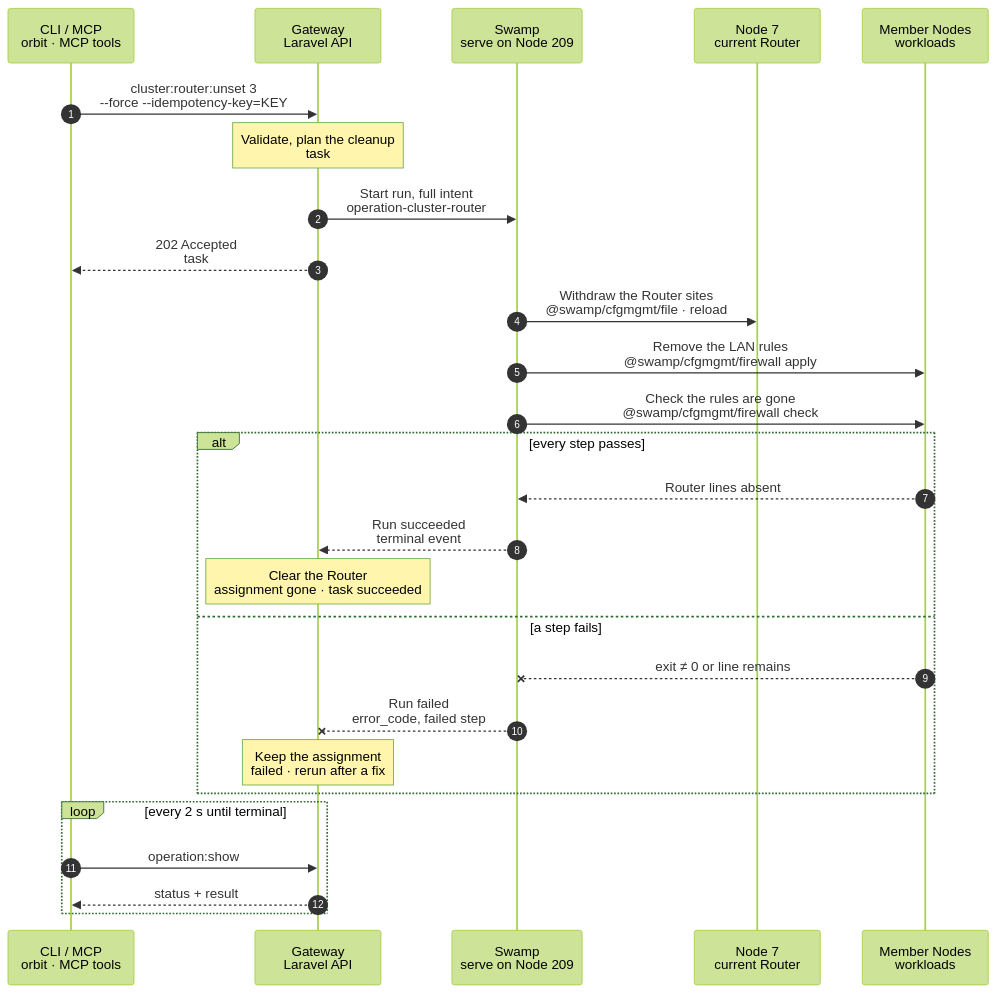
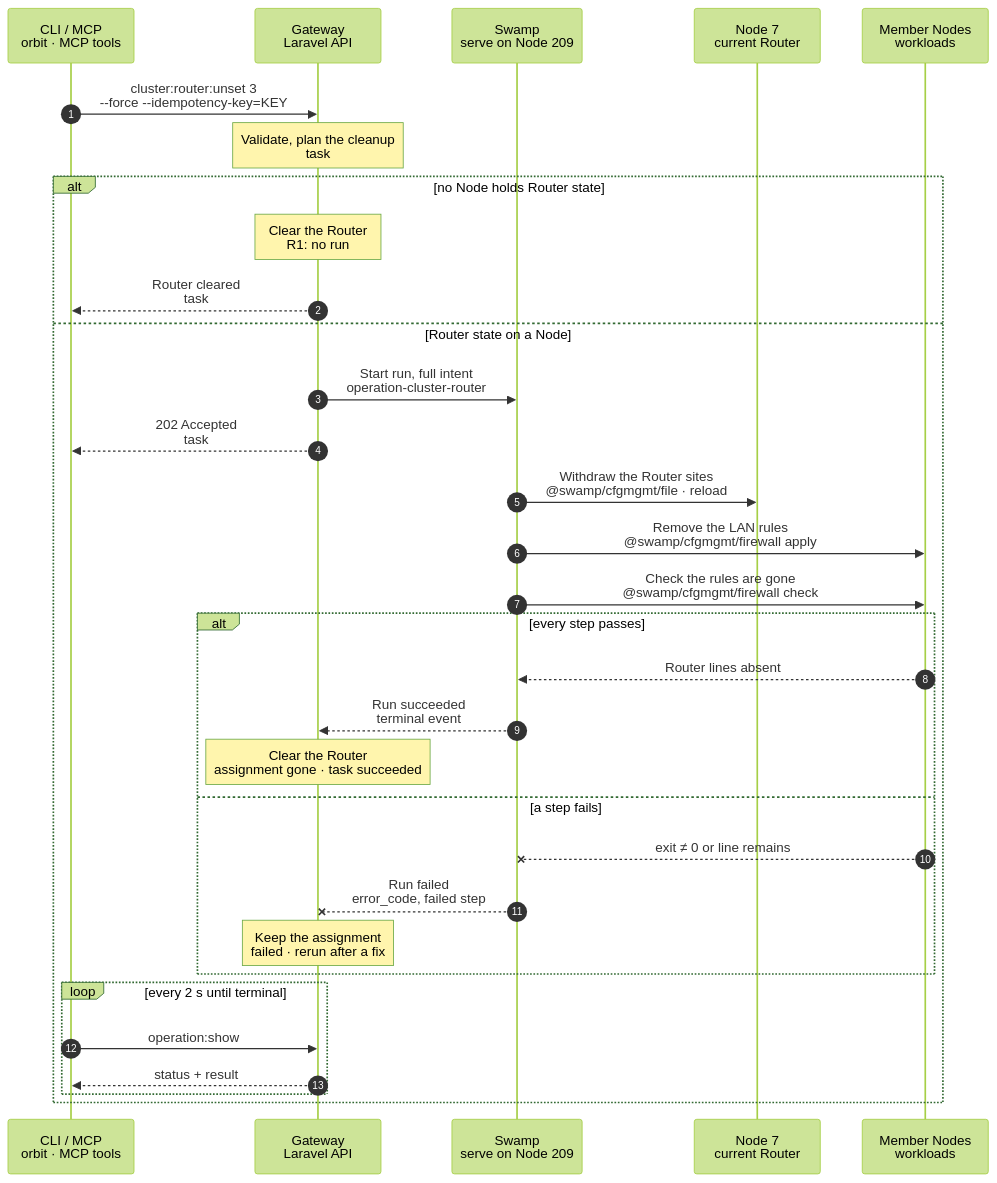
Before and after one commit to hardimpactdev/orbit: the diagram in docs/cli/cluster/router-unset.mmd, drawn with Mermaid (forest theme). The commit also changed 4 other files, not shown here.

First line of the commit message:
fix(clusters): a Router unset with nothing on any Node ends at admission, with no run (R1)

```diff
--- a/docs/cli/cluster/router-unset.mmd
+++ b/docs/cli/cluster/router-unset.mmd
@@ -1,96 +1,107 @@
 sequenceDiagram
   %% Target design: ADR 0244 task, DECISIONS R2-R4, same shape as cluster.router_set. docs/reference/native-cluster-router.md, docs/cli/cluster.mdx.
   %% Tightened: flow-tighten 2026-11-02, rules 1, 22 (no empty DNS note step; cfgmgmt file for the sites).
   %% status: draft
   %% command: cluster:router:unset
   %% kind: cluster.router_unset
   autonumber
   %% lane CLI icon=terminal pill=caller tone=gray
   %% lane GW icon=gateway pill=intent tone=blue
   %% lane SW icon=workflow pill=executes tone=green
   %% lane N icon=server pill=target tone=amber
   %% lane M icon=server pill=target tone=purple
   participant CLI as CLI / MCP<br/>orbit · MCP tools
   participant GW as Gateway<br/>Laravel API
   participant SW as Swamp<br/>serve on Node 209
   participant N as Node 7<br/>current Router
   participant M as Member Nodes<br/>workloads
   CLI->>GW: cluster:router:unset 3<br/>--force --idempotency-key=KEY
   %%> Command:
   %%> - `orbit cluster:router:unset 3 --force`
   %%> - syntax: `<cluster> [--force] [--idempotency-key=KEY] [--json]`
   %%> Confirmation:
   %%> - without `--force`, the CLI asks first; the default is No
   %%> - without a terminal, or with `--json`, `--force` is required
   Note over GW: Validate, plan the cleanup<br/>task #5161 · Cluster lock
   %%> Requirements:
   %%> - your Node has an access grant to Node 7
   %%> - Cluster 3 is inactive or has no TLD (`cluster.active_router_required`)
   %%> - Cluster 3 owns no Route (`cluster.routes_require_router`)
   %%> - no other Router change runs for Cluster 3; the Gateway waits up to 30 seconds, then refuses with `cluster.router_busy`
   %%> Builds:
   %%> - the Router state to remove: Router sites and certificates, and the LAN rules only the Router needed
   %%> Result:
   %%> - Node 7's `router` assignment recorded as retiring
   %%> - task #5161 recorded with the full intent
+  %%> Decides:
+  %%> - whether any Node holds Router state: a Router site, a Router certificate, or a LAN rule only the Router needed
+  alt no Node holds Router state
+    Note over GW: Clear the Router<br/>R1: no run
+    %%> Result:
+    %%> - Node 7's `router` assignment is deleted and task #5161 succeeds at once; no Swamp run starts (R1)
+    GW-->>CLI: Router cleared<br/>task #5161 succeeded
+    %%> What you get:
+    %%> - the final result at once; there is nothing to follow
+  else Router state on a Node
   GW->>SW: Start run, full intent<br/>operation-cluster-router
   %%> What it does:
   %%> - starts one Swamp run on serve (Node 209)
   %%> Inputs:
   %%> - the state to remove, and the addresses and SSH host keys of Node 7 and the members
   GW-->>CLI: 202 Accepted<br/>task #5161
   %%> What you get:
   %%> - the task number, at once
   %%> Next:
   %%> - the CLI follows the task with `operation:show`
   SW->>N: Withdraw the Router sites<br/>@swamp/cfgmgmt/file · reload
   %%> How:
   %%> - over SSH from 209 with `@swamp/ssh` and `@swamp/cfgmgmt/file`; `caddy validate`, then a reload
   %%> No DNS change:
   %%> - an inactive Cluster, or one without a TLD and Routes, gets no Router answers from private DNS
   %%> What it does:
   %%> - removes the Router sites and their certificates, validates the rest, and reloads Caddy; no restart
   %%> - Caddy and the packages stay, as for every role removal that keeps shared packages
   SW->>M: Remove the LAN rules<br/>@swamp/cfgmgmt/firewall apply
   %%> What it does:
   %%> - on Node 7: removes the 443 and 53 allows for member LAN addresses
   %%> - on each member: removes the allows for Node 7's LAN address that no other Route needs
   %%> - never removes WireGuard baseline rules
   SW->>M: Check the rules are gone<br/>@swamp/cfgmgmt/firewall check
   %%> What it does:
   %%> - reads ufw back on every Node and checks the Router lines are absent
   alt every step passes
     M-->>SW: Router lines absent
     %%> Returns:
     %%> - the check passed on every Node
     SW-->>GW: Run succeeded<br/>terminal event
     %%> How the Gateway learns it:
     %%> - its shared run reader sees the terminal event; Swamp never calls the Gateway
     Note over GW: Clear the Router<br/>assignment gone · task succeeded
     %%> Result:
     %%> - Node 7's `router` assignment is deleted; Cluster 3 has no Router
     %%> - task #5161 succeeds
   else a step fails
     M--xSW: exit ≠ 0 or line remains
     %%> When:
     %%> - Caddy refuses the config, SSH fails, or a rule is still present
     SW--xGW: Run failed<br/>error_code, failed step
     %%> The Gateway reads:
     %%> - which step failed and its error code
     Note over GW: Keep the assignment<br/>failed · rerun after a fix
     %%> Result:
     %%> - Node 7's `router` assignment stays, marked failed
     %%> - task #5161 fails
     %%> On the Node:
     %%> - steps that finished stay done; there is no rollback, because the Cluster serves no traffic through the Router
     %%> Retry:
     %%> - run the same command again; it skips what is already removed
   end
   loop every 2 s until terminal
     CLI->>GW: operation:show #5161
     %%> What it does:
     %%> - asks for the task's status every 2 seconds until it has ended
     GW-->>CLI: status + result
     %%> Returns:
     %%> - the current status, and the result once the task has ended
   end
+  end
```
